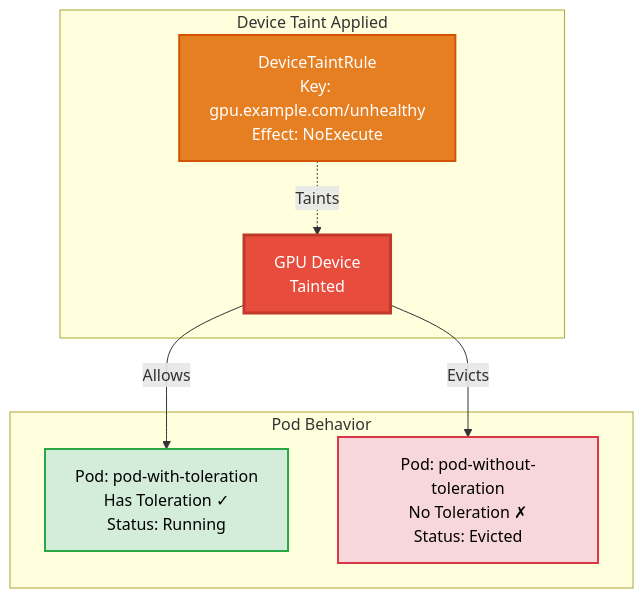
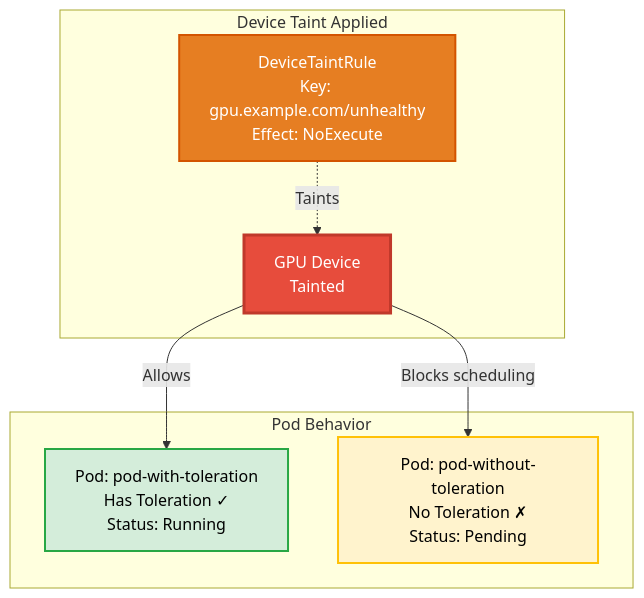
One commit to kubernetes-sigs/dra-example-driver changed the diagram in demo/examples/device-taints-tolerations/device-taint-pod-toleration/README.md. Above: the diagram before and after it, drawn with Mermaid. The commit also changed other lines of this file and 7 other files, not shown here.

````diff
--- a/demo/examples/device-taints-tolerations/device-taint-pod-toleration/README.md
+++ b/demo/examples/device-taints-tolerations/device-taint-pod-toleration/README.md
@@ -11,21 +11,21 @@
 ```mermaid
 graph TD
     subgraph DeviceTaint["Device Taint Applied"]
         DTR[DeviceTaintRule<br/>Key: gpu.example.com/unhealthy<br/>Effect: NoExecute]
         G1[GPU Device<br/>Tainted]
         DTR -.->|Taints| G1
     end
     
     subgraph Pods["Pod Behavior"]
         P1[Pod: pod-with-toleration<br/>Has Toleration ✓<br/>Status: Running]
-        P2[Pod: pod-without-toleration<br/>No Toleration ✗<br/>Status: Evicted]
+        P2[Pod: pod-without-toleration<br/>No Toleration ✗<br/>Status: Pending]
         
         G1 -->|Allows| P1
-        G1 -->|Evicts| P2
+        G1 -->|Blocks scheduling| P2
     end
     
     style DTR fill:#e67e22,color:#fff,stroke:#d35400,stroke-width:2px
     style G1 fill:#e74c3c,color:#fff,stroke:#c0392b,stroke-width:3px
     style P1 fill:#d4edda,color:#000,stroke:#28a745,stroke-width:2px
-    style P2 fill:#f8d7da,color:#000,stroke:#dc3545,stroke-width:2px
+    style P2 fill:#fff3cd,color:#000,stroke:#ffc107,stroke-width:2px
 ```
````
